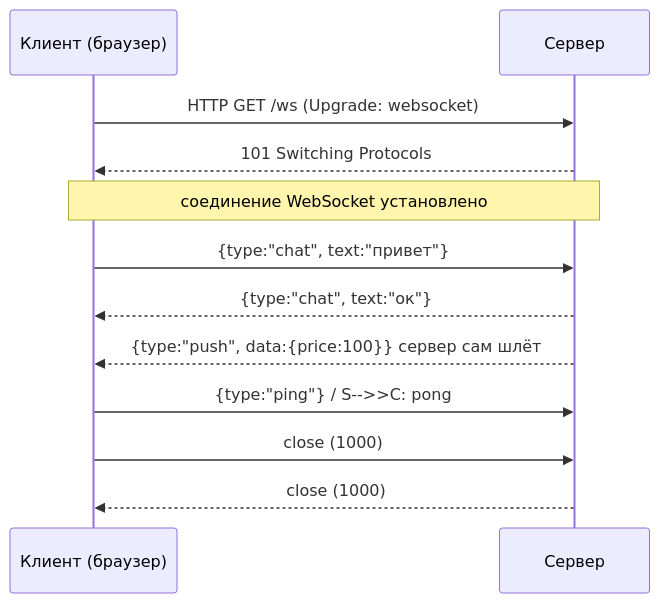
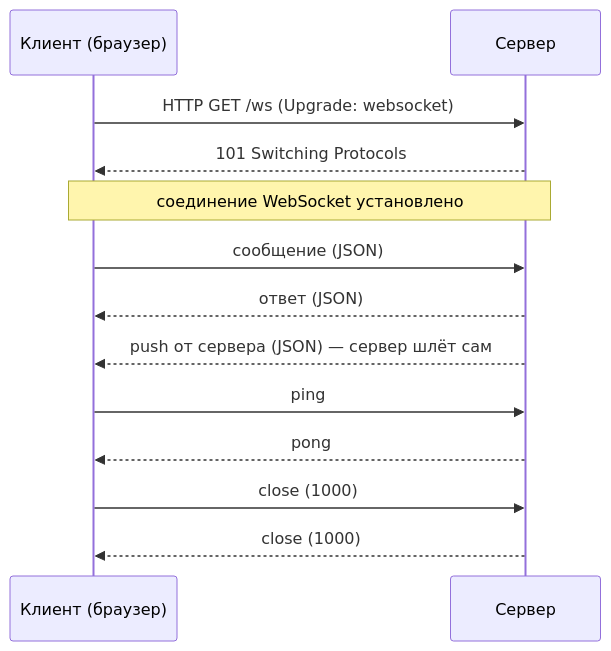
One commit to Groghrus/fullstack-core changed the first of 2 diagrams in packages/content/themes/01-protokoly-set/websockets.md. Above: the diagram before and after it, drawn with Mermaid. The commit also changed other lines of this file and 32 other files, not shown here.

````diff
--- a/packages/content/themes/01-protokoly-set/websockets.md
+++ b/packages/content/themes/01-protokoly-set/websockets.md
@@ -33,14 +33,15 @@
 ```mermaid
 sequenceDiagram
     participant C as Клиент (браузер)
     participant S as Сервер
     C->>S: HTTP GET /ws (Upgrade: websocket)
     S-->>C: 101 Switching Protocols
     Note over C,S: соединение WebSocket установлено
-    C->>S: {type:"chat", text:"привет"}
-    S-->>C: {type:"chat", text:"ок"}
-    S-->>C: {type:"push", data:{price:100}} сервер сам шлёт
-    C->>S: {type:"ping"} / S-->>C: pong
+    C->>S: сообщение (JSON)
+    S-->>C: ответ (JSON)
+    S-->>C: push от сервера (JSON) — сервер шлёт сам
+    C->>S: ping
+    S-->>C: pong
     C->>S: close (1000)
     S-->>C: close (1000)
 ```
````
